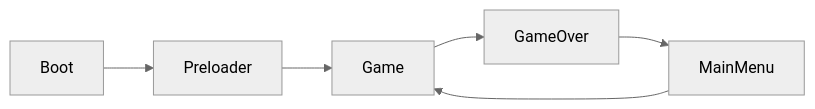
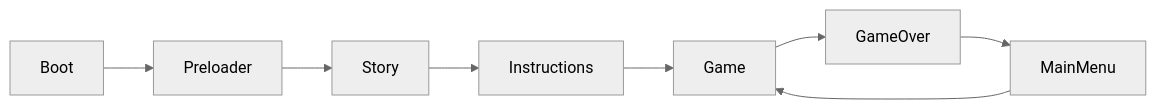
Before and after one commit to sea2709/wizard-game: the first of 2 diagrams in AGENTS.md, drawn with Mermaid (neutral theme). The commit also changed other lines of this file and 21 other files, not shown here.

````diff
--- a/AGENTS.md
+++ b/AGENTS.md
@@ -54,8 +59,10 @@
 ```mermaid
 flowchart LR
     Boot --> Preloader
-    Preloader --> Game
+    Preloader --> Story
+    Story --> Instructions
+    Instructions --> Game
     MainMenu --> Game
     Game --> GameOver
     GameOver --> MainMenu
 ```
````
